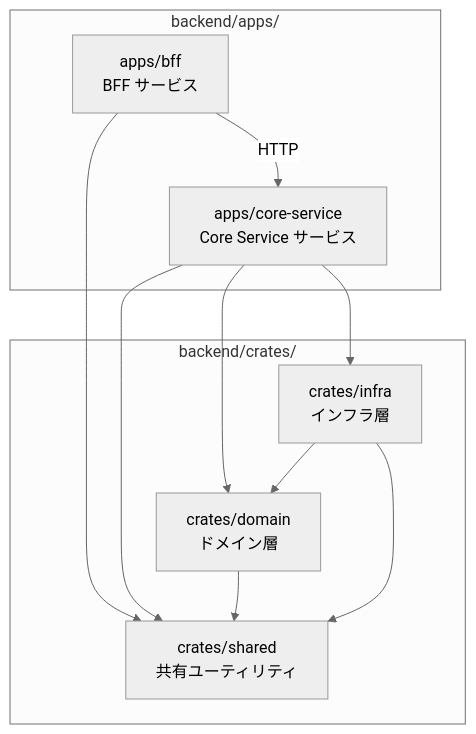
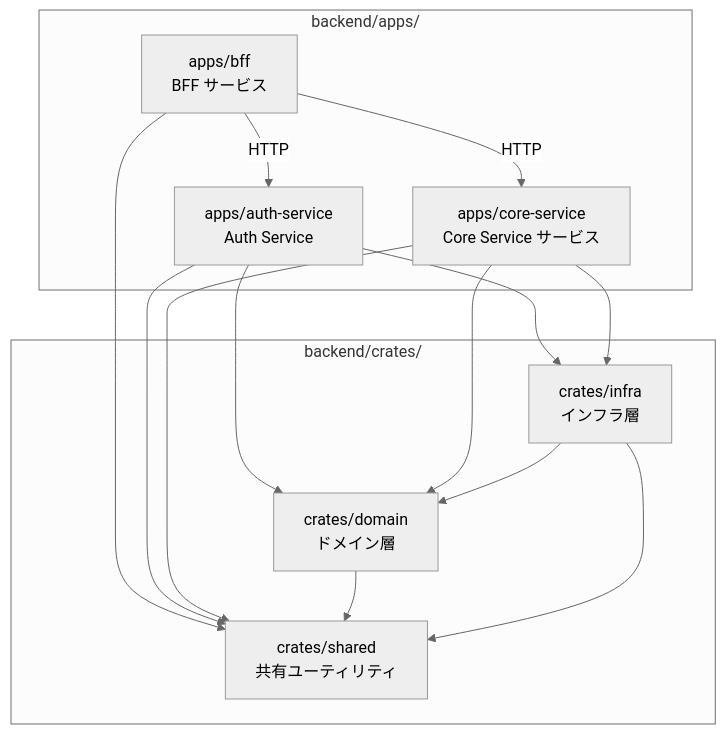
Before and after one commit to ka2kama/ringiflow: the first of 3 diagrams in docs/02_基本設計書/02_プロジェクト構造設計.md, drawn with Mermaid (neutral theme). The commit also changed other lines of this file and 2 other files, not shown here.

First line of the commit message:
#301 Add document update triggers for architecture changes (#304)

````diff
--- a/docs/02_基本設計書/02_プロジェクト構造設計.md
+++ b/docs/02_基本設計書/02_プロジェクト構造設計.md
@@ -151,24 +153,30 @@
 ```mermaid
 graph TB
     subgraph "backend/apps/"
+        AuthService["apps/auth-service<br/>Auth Service"]
         BFF["apps/bff<br/>BFF サービス"]
         CoreService["apps/core-service<br/>Core Service サービス"]
     end
 
     subgraph "backend/crates/"
         Domain["crates/domain<br/>ドメイン層"]
         Infra["crates/infra<br/>インフラ層"]
         Shared["crates/shared<br/>共有ユーティリティ"]
     end
 
+    BFF -->|HTTP| AuthService
     BFF -->|HTTP| CoreService
     BFF --> Shared
+
+    AuthService --> Domain
+    AuthService --> Infra
+    AuthService --> Shared
 
     CoreService --> Domain
     CoreService --> Infra
     CoreService --> Shared
 
     Domain --> Shared
     Infra --> Domain
     Infra --> Shared
 ```
````
